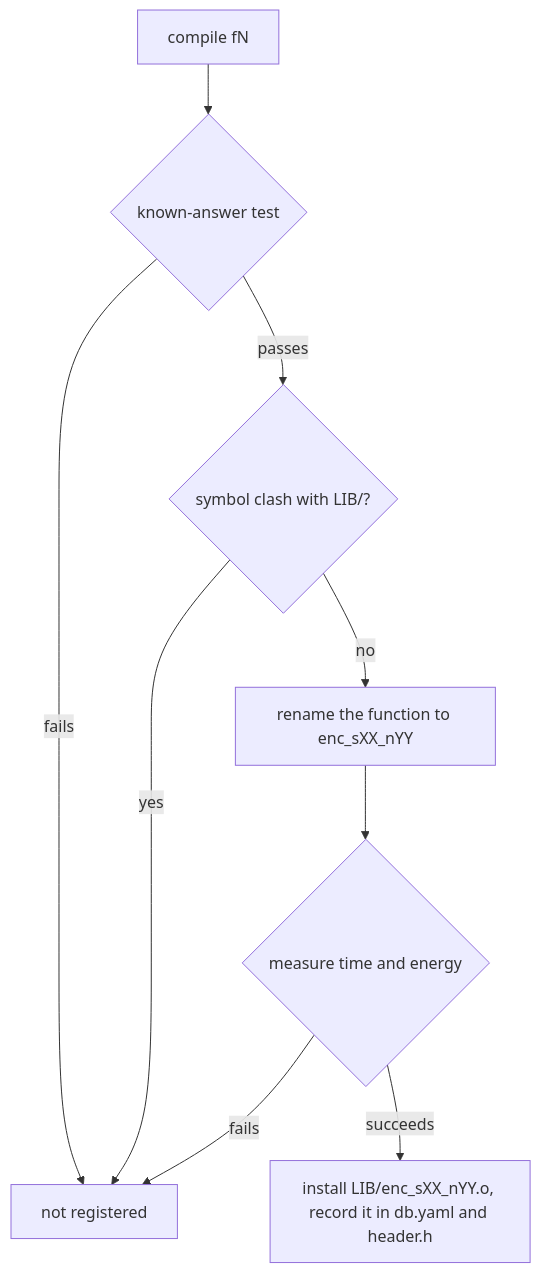
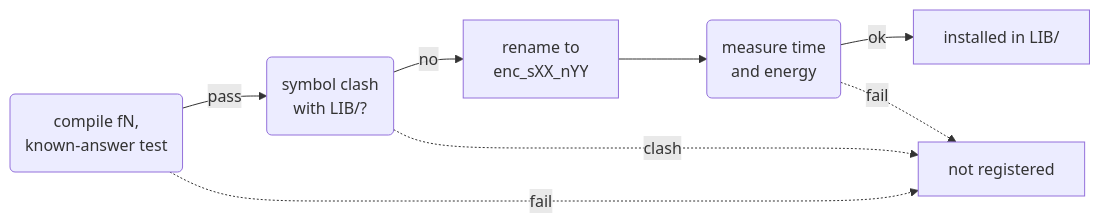
The second of 3 diagrams in README.md (mdc-suite/myrtus-psm-edge), drawn with Mermaid before and after one commit.

Commit message:
Lay the registration flowchart out horizontally

````diff
--- a/README.md
+++ b/README.md
@@ -52,11 +52,10 @@
 ```mermaid
-flowchart TD
-    A["compile fN"] --> B{"known-answer test"}
-    B -- "fails" --> X["not registered"]
-    B -- "passes" --> C{"symbol clash with LIB/?"}
-    C -- "yes" --> X
-    C -- "no" --> D["rename the function to enc_sXX_nYY"]
-    D --> E{"measure time and energy"}
-    E -- "fails" --> X
-    E -- "succeeds" --> F["install LIB/enc_sXX_nYY.o, record it in db.yaml and header.h"]
+flowchart LR
+    A("compile fN,<br/>known-answer test") -- "pass" --> C("symbol clash<br/>with LIB/?")
+    C -- "no" --> D["rename to<br/>enc_sXX_nYY"]
+    D --> E("measure time<br/>and energy")
+    E -- "ok" --> F["installed in LIB/"]
+    A -. "fail" .-> X["not registered"]
+    C -. "clash" .-> X
+    E -. "fail" .-> X
 ```
````
